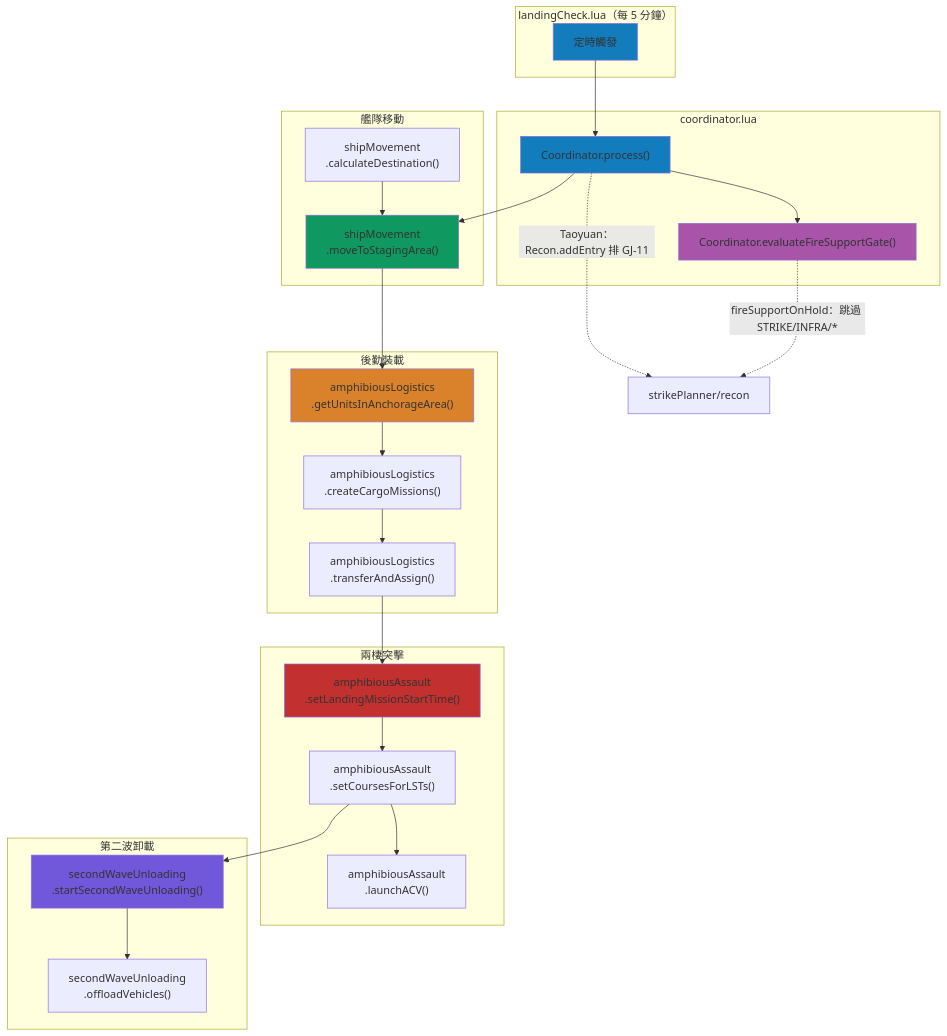
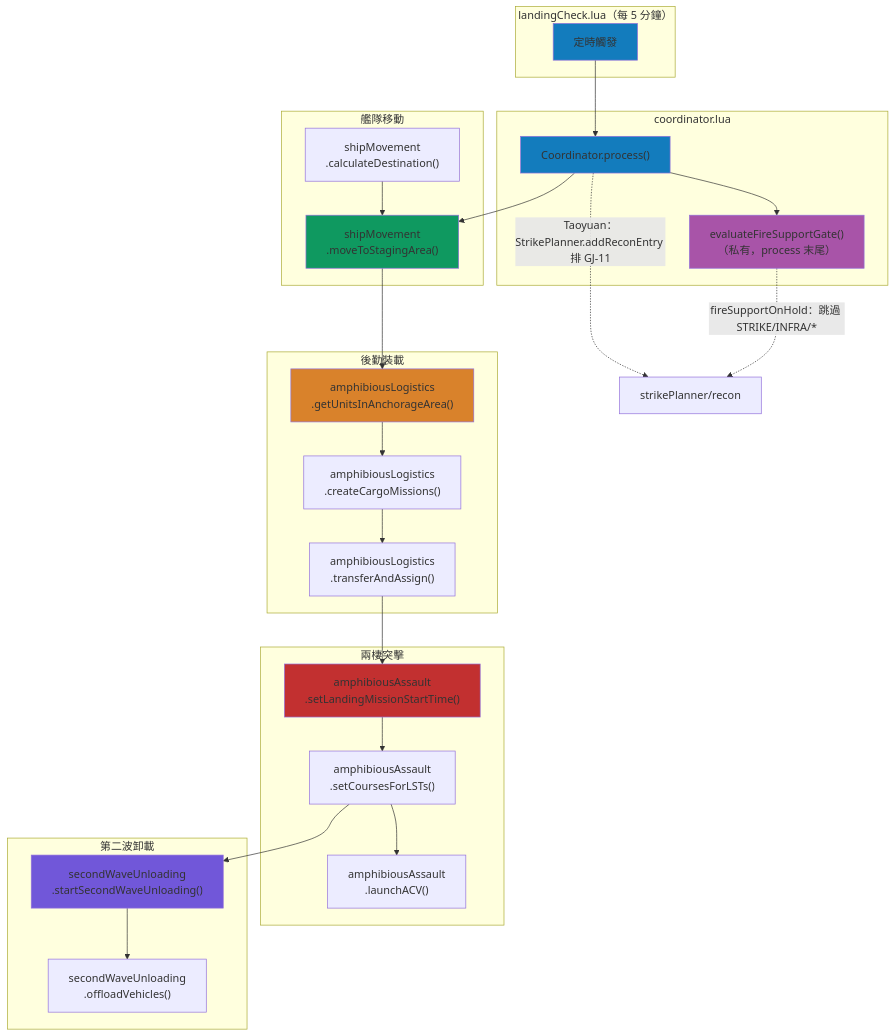
The first of 3 diagrams in docs/landingOps/README.md (pullupjumper/formosa-in-flames), drawn with Mermaid before and after one commit. The commit also changed other lines of this file and 58 other files, not shown here.

````diff
--- a/docs/landingOps/README.md
+++ b/docs/landingOps/README.md
@@ -43,53 +56,53 @@
 ```mermaid
 flowchart TB
     subgraph 觸發器["landingCheck.lua（每 5 分鐘）"]
         TRIGGER[定時觸發]
     end
 
     subgraph 編排層["coordinator.lua"]
         COORD["Coordinator.process()"]
-        GATE["Coordinator.evaluateFireSupportGate()"]
+        GATE["evaluateFireSupportGate()<br>（私有，process 末尾）"]
     end
 
     subgraph 階段一["艦隊移動"]
         SM["shipMovement<br>.moveToStagingArea()"]
         CALC["shipMovement<br>.calculateDestination()"]
     end
 
     subgraph 階段二["後勤裝載"]
         AL_GET["amphibiousLogistics<br>.getUnitsInAnchorageArea()"]
         AL_CREATE["amphibiousLogistics<br>.createCargoMissions()"]
         AL_TRANSFER["amphibiousLogistics<br>.transferAndAssign()"]
     end
 
     subgraph 階段三["兩棲突擊"]
         AA_TIME["amphibiousAssault<br>.setLandingMissionStartTime()"]
         AA_COURSE["amphibiousAssault<br>.setCoursesForLSTs()"]
         AA_ACV["amphibiousAssault<br>.launchACV()"]
     end
 
     subgraph 階段四["第二波卸載"]
         SW_START["secondWaveUnloading<br>.startSecondWaveUnloading()"]
         SW_OFFLOAD["secondWaveUnloading<br>.offloadVehicles()"]
     end
 
     TRIGGER --> COORD
     COORD --> SM
     CALC --> SM
     SM --> AL_GET
     AL_GET --> AL_CREATE --> AL_TRANSFER
     AL_TRANSFER --> AA_TIME --> AA_COURSE
     AA_COURSE --> AA_ACV
     AA_COURSE --> SW_START --> SW_OFFLOAD
     COORD --> GATE
-    COORD -.->|Taoyuan：Recon.addEntry 排 GJ-11| RECON["strikePlanner/recon"]
+    COORD -.->|Taoyuan：StrikePlanner.addReconEntry 排 GJ-11| RECON["strikePlanner/recon"]
     GATE -.->|fireSupportOnHold：跳過 STRIKE/INFRA/*| RECON
 
     style TRIGGER fill:#137cbd
     style COORD fill:#137cbd
     style GATE fill:#a854a8
     style SM fill:#0f9960
     style AL_GET fill:#d9822b
     style AA_TIME fill:#c23030
     style SW_START fill:#7157d9
 ```
````
